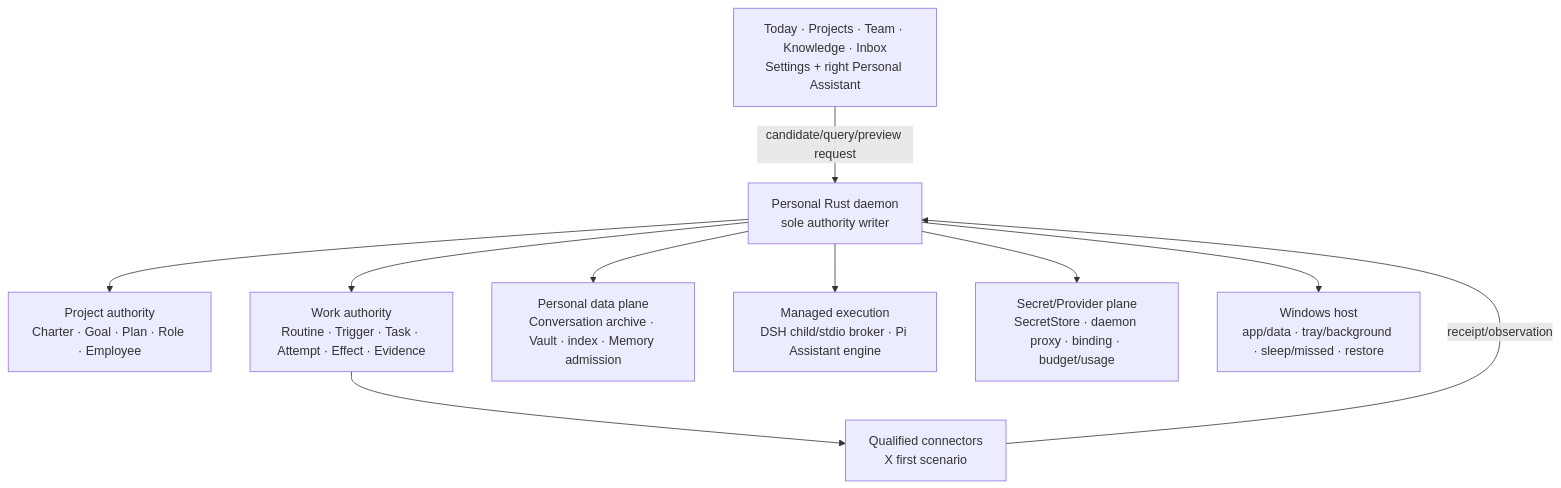
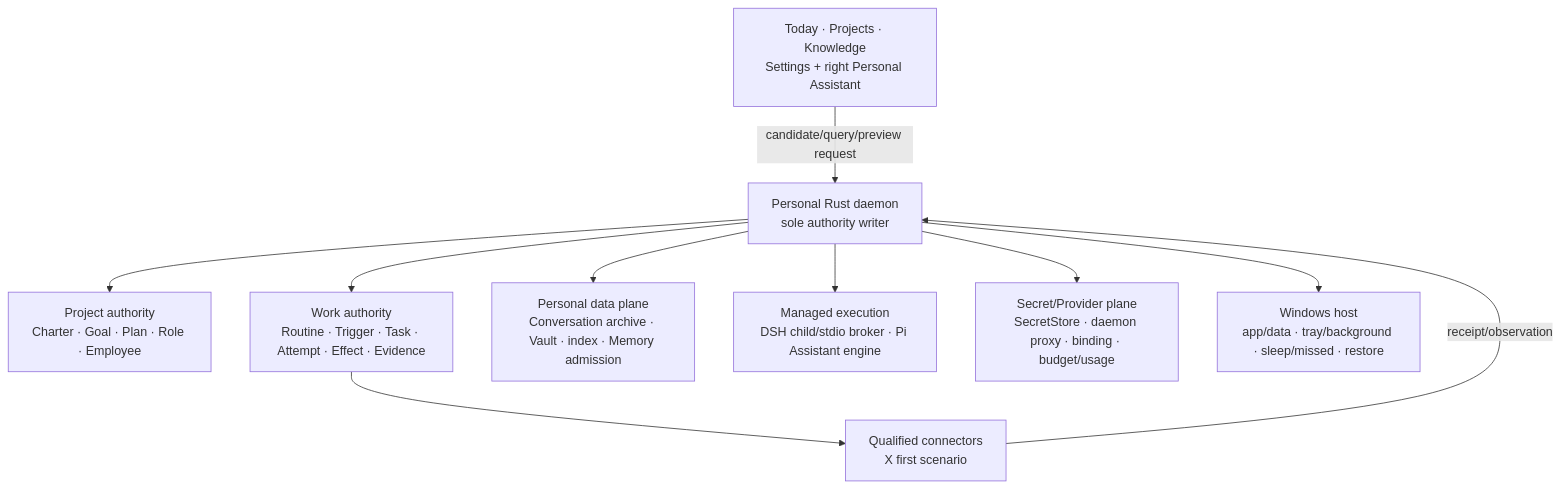
The diagram in personal/docs/architecture/README.md (agentkernel/cognitive-os), drawn with Mermaid before and after one commit. The commit also changed other lines of this file and 25 other files, not shown here.

````diff
--- a/personal/docs/architecture/README.md
+++ b/personal/docs/architecture/README.md
@@ -38,22 +42,22 @@
 ```mermaid
 flowchart TB
-  ui["Today · Projects · Team · Knowledge · Inbox\nSettings + right Personal Assistant"]
+  ui["Today · Projects · Knowledge\nSettings + right Personal Assistant"]
   daemon["Personal Rust daemon\nsole authority writer"]
   project["Project authority\nCharter · Goal · Plan · Role · Employee"]
   work["Work authority\nRoutine · Trigger · Task · Attempt · Effect · Evidence"]
   memory["Personal data plane\nConversation archive · Vault · index · Memory admission"]
   runtime["Managed execution\nDSH child/stdio broker · Pi Assistant engine"]
   provider["Secret/Provider plane\nSecretStore · daemon proxy · binding · budget/usage"]
   windows["Windows host\napp/data · tray/background · sleep/missed · restore"]
   external["Qualified connectors\nX first scenario"]
 
   ui -->|"candidate/query/preview request"| daemon
   daemon --> project
   daemon --> work
   daemon --> memory
   daemon --> runtime
   daemon --> provider
   daemon --> windows
   work --> external
   external -->|"receipt/observation"| daemon
 ```
````
